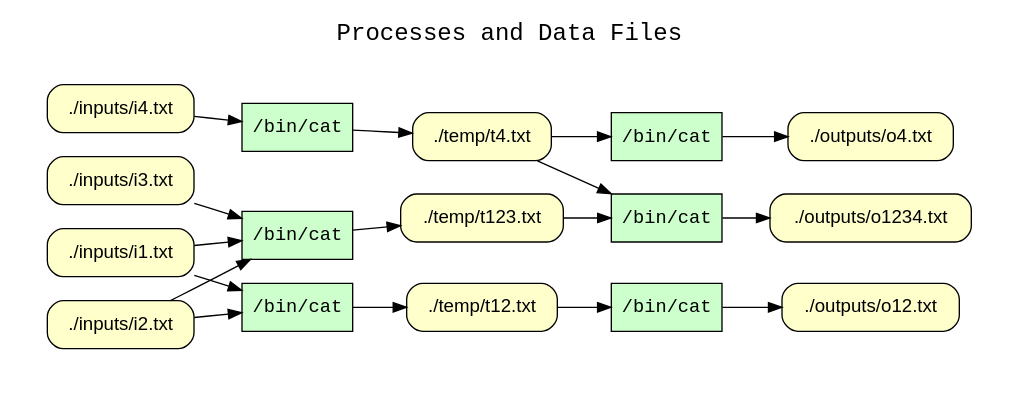
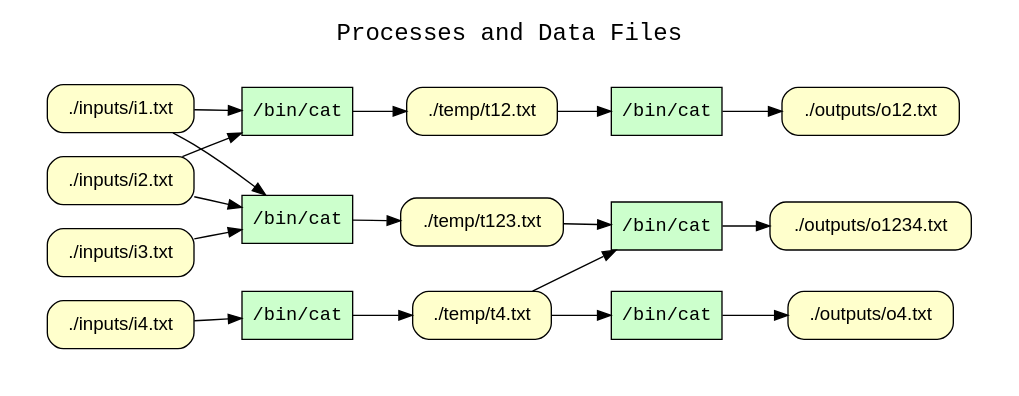
The diagram in examples/08-branched-pipeline/graphs.d/wt_processes_and_data_files.dot (CIRSS/cpr), drawn with Graphviz before and after one commit. The commit also changed 32 other files, not shown here.

```diff
--- a/examples/08-branched-pipeline/graphs.d/wt_processes_and_data_files.dot
+++ b/examples/08-branched-pipeline/graphs.d/wt_processes_and_data_files.dot
@@ -1,43 +1,43 @@
 
 digraph wt_run {
 rankdir=LR
 fontname=Courier; fontsize=18; labelloc=t
 label="Processes and Data Files"
 subgraph cluster_inputs { label=""; color=white; penwidth=0
 subgraph cluster_inputs_inner { label=""; color=white
 node[shape=box style="filled" fillcolor="#CCFFCC" peripheries=1 fontname=Courier]
 "exe:e7" [label="/bin/cat"]
 "exe:e6" [label="/bin/cat"]
 "exe:e5" [label="/bin/cat"]
 "exe:e4" [label="/bin/cat"]
 "exe:e3" [label="/bin/cat"]
 "exe:e2" [label="/bin/cat"]
 node[shape=box style="rounded,filled" fillcolor="#FFFFCC" peripheries=1 fontname=Helvetica]
-"access:i23" [label="./temp/t123.txt"]
-"access:i28" [label="./outputs/o1234.txt"]
-"access:i26" [label="./inputs/i4.txt"]
+"access:i24" [label="./outputs/o1234.txt"]
+"access:i18" [label="./inputs/i2.txt"]
+"access:i21" [label="./temp/t4.txt"]
+"access:i19" [label="./temp/t123.txt"]
+"access:i22" [label="./inputs/i4.txt"]
+"access:i25" [label="./outputs/o4.txt"]
 "access:i11" [label="./temp/t12.txt"]
-"access:i27" [label="./outputs/o12.txt"]
-"access:i21" [label="./inputs/i1.txt"]
-"access:i24" [label="./inputs/i3.txt"]
-"access:i22" [label="./inputs/i2.txt"]
-"access:i29" [label="./outputs/o4.txt"]
-"access:i25" [label="./temp/t4.txt"]
-"exe:e7" -> "access:i29"
-"exe:e6" -> "access:i28"
-"exe:e5" -> "access:i27"
-"exe:e4" -> "access:i25"
-"exe:e3" -> "access:i23"
+"access:i23" [label="./outputs/o12.txt"]
+"access:i17" [label="./inputs/i1.txt"]
+"access:i20" [label="./inputs/i3.txt"]
+"exe:e7" -> "access:i25"
+"exe:e6" -> "access:i24"
+"exe:e5" -> "access:i23"
+"exe:e4" -> "access:i21"
+"exe:e3" -> "access:i19"
 "exe:e2" -> "access:i11"
-"access:i25" -> "exe:e7"
-"access:i23" -> "exe:e6"
-"access:i25" -> "exe:e6"
+"access:i21" -> "exe:e7"
+"access:i19" -> "exe:e6"
+"access:i21" -> "exe:e6"
 "access:i11" -> "exe:e5"
-"access:i26" -> "exe:e4"
-"access:i21" -> "exe:e3"
-"access:i22" -> "exe:e3"
-"access:i24" -> "exe:e3"
-"access:i21" -> "exe:e2"
-"access:i22" -> "exe:e2"
+"access:i22" -> "exe:e4"
+"access:i17" -> "exe:e3"
+"access:i18" -> "exe:e3"
+"access:i20" -> "exe:e3"
+"access:i17" -> "exe:e2"
+"access:i18" -> "exe:e2"
 }}
 }
```
